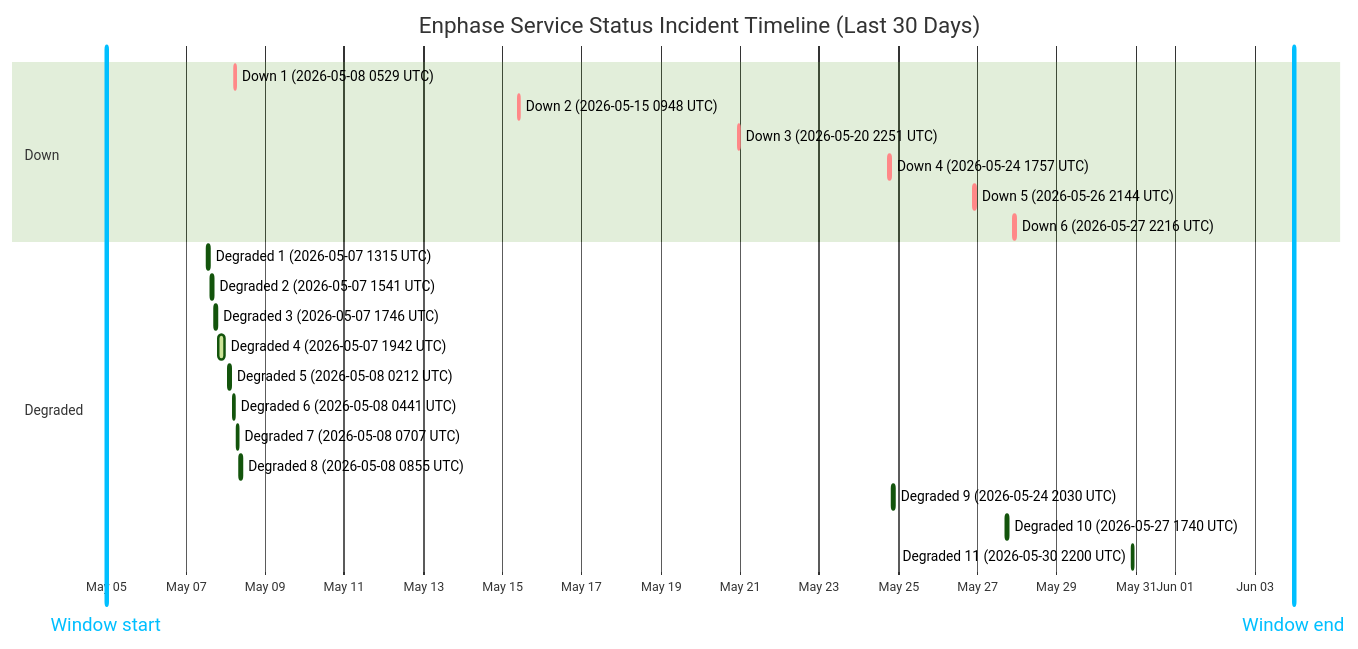
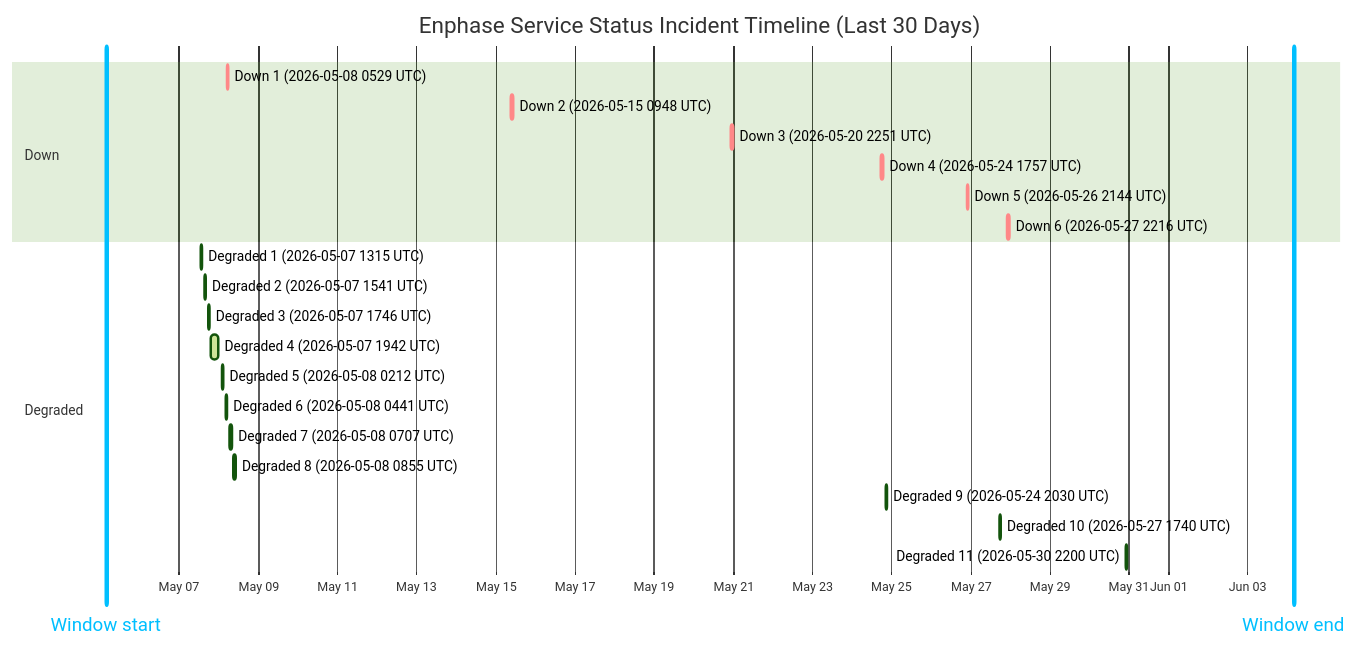
Before and after one commit to barneyonline/ha-enphase-energy: the diagram in wiki/Service-Status-History.md, drawn with Mermaid (forest theme). The commit also changed other lines of this file and 3 other files, not shown here.

````diff
--- a/wiki/Service-Status-History.md
+++ b/wiki/Service-Status-History.md
@@ -14,27 +14,27 @@
 ```mermaid
 gantt
     title Enphase Service Status Incident Timeline (Last 30 Days)
     dateFormat  YYYY-MM-DDTHH:mm:ss
     axisFormat  %b %d
-    Window start :vert, window-start, 2026-05-04T23:42:11, 0ms
-    Window end :vert, window-end, 2026-06-03T23:42:11, 0ms
+    Window start :vert, window-start, 2026-05-05T03:54:39, 0ms
+    Window end :vert, window-end, 2026-06-04T03:54:39, 0ms
     section Down
     Down 1 (2026-05-08 0529 UTC) :crit, down-1, 2026-05-08T05:29:47, 60m
     Down 2 (2026-05-15 0948 UTC) :crit, down-2, 2026-05-15T09:48:18, 60m
     Down 3 (2026-05-20 2251 UTC) :crit, down-3, 2026-05-20T22:51:14, 75m
     Down 4 (2026-05-24 1757 UTC) :crit, down-4, 2026-05-24T17:57:41, 86m
     Down 5 (2026-05-26 2144 UTC) :crit, down-5, 2026-05-26T21:44:11, 85m
     Down 6 (2026-05-27 2216 UTC) :crit, down-6, 2026-05-27T22:16:53, 87m
     section Degraded
     Degraded 1 (2026-05-07 1315 UTC) :active, degraded-1, 2026-05-07T13:15:25, 60m
     Degraded 2 (2026-05-07 1541 UTC) :active, degraded-2, 2026-05-07T15:41:58, 60m
     Degraded 3 (2026-05-07 1746 UTC) :active, degraded-3, 2026-05-07T17:46:51, 60m
     Degraded 4 (2026-05-07 1942 UTC) :active, degraded-4, 2026-05-07T19:42:10, 249m
     Degraded 5 (2026-05-08 0212 UTC) :active, degraded-5, 2026-05-08T02:12:39, 60m
     Degraded 6 (2026-05-08 0441 UTC) :active, degraded-6, 2026-05-08T04:41:46, 60m
     Degraded 7 (2026-05-08 0707 UTC) :active, degraded-7, 2026-05-08T07:07:30, 60m
     Degraded 8 (2026-05-08 0855 UTC) :active, degraded-8, 2026-05-08T08:55:20, 88m
     Degraded 9 (2026-05-24 2030 UTC) :active, degraded-9, 2026-05-24T20:30:57, 84m
     Degraded 10 (2026-05-27 1740 UTC) :active, degraded-10, 2026-05-27T17:40:52, 60m
     Degraded 11 (2026-05-30 2200 UTC) :active, degraded-11, 2026-05-30T22:00:37, 60m
 ```
````
